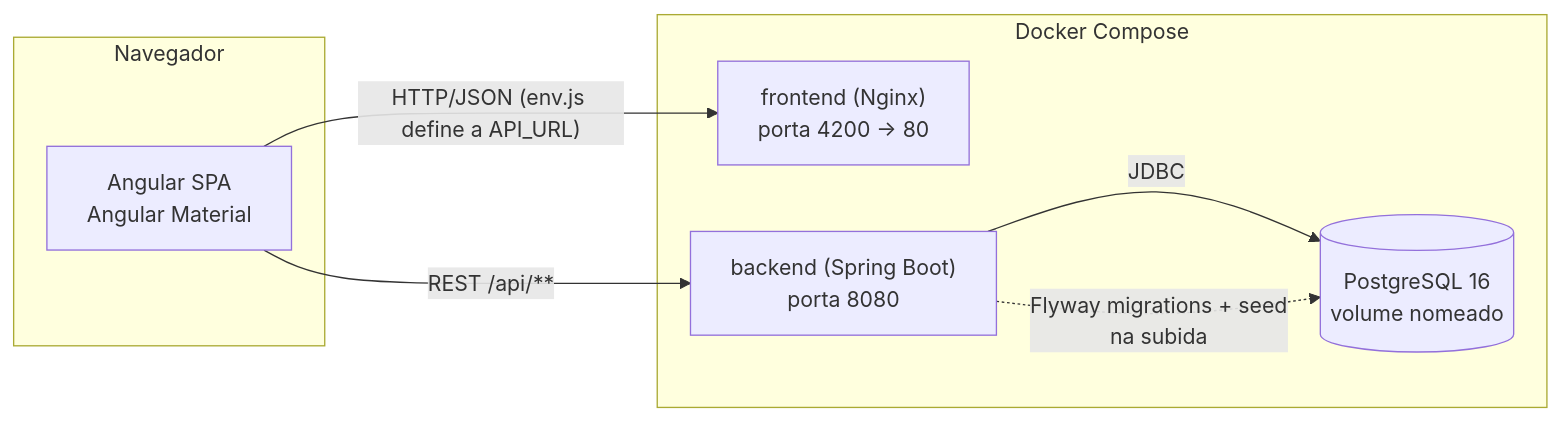
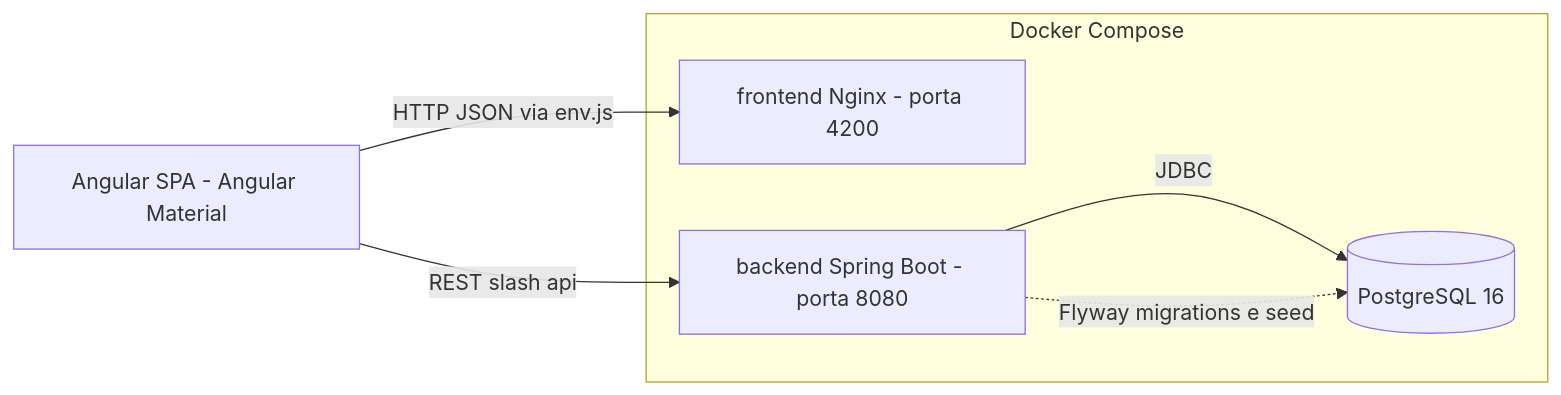
The first of 2 diagrams in docs/AGENT_GUIDE.md (prmatos91/chave-na-mao), drawn with Mermaid before and after one commit.

Commit message:
Simplifica sintaxe do diagrama de arquitetura para renderizar corretamente no GitHub
O flowchart usava subgraph com titulo entre aspas, tags <br/> e um node em
formato cilindro com aspas aninhadas dentro de colchetes - o GitHub nao
renderizou como diagrama, so mostrou o bloco de codigo cru. Simplificado
para uma sintaxe mais universalmente compativel.

````diff
--- a/docs/AGENT_GUIDE.md
+++ b/docs/AGENT_GUIDE.md
@@ -17,17 +17,15 @@
 ```mermaid
 flowchart LR
-    subgraph Navegador
-        UI[Angular SPA<br/>Angular Material]
+    UI[Angular SPA - Angular Material]
+
+    subgraph compose[Docker Compose]
+        FE[frontend Nginx - porta 4200]
+        BE[backend Spring Boot - porta 8080]
+        DB[(PostgreSQL 16)]
     end
 
-    subgraph "Docker Compose"
-        FE["frontend (Nginx)<br/>porta 4200 -> 80"]
-        BE["backend (Spring Boot)<br/>porta 8080"]
-        DB[("PostgreSQL 16<br/>volume nomeado")]
-    end
-
-    UI -- "HTTP/JSON (env.js define a API_URL)" --> FE
-    UI -- "REST /api/**" --> BE
-    BE -- "JDBC" --> DB
-    BE -. "Flyway migrations + seed<br/>na subida" .-> DB
+    UI -->|HTTP JSON via env.js| FE
+    UI -->|REST slash api| BE
+    BE -->|JDBC| DB
+    BE -.->|Flyway migrations e seed| DB
 ```
````
